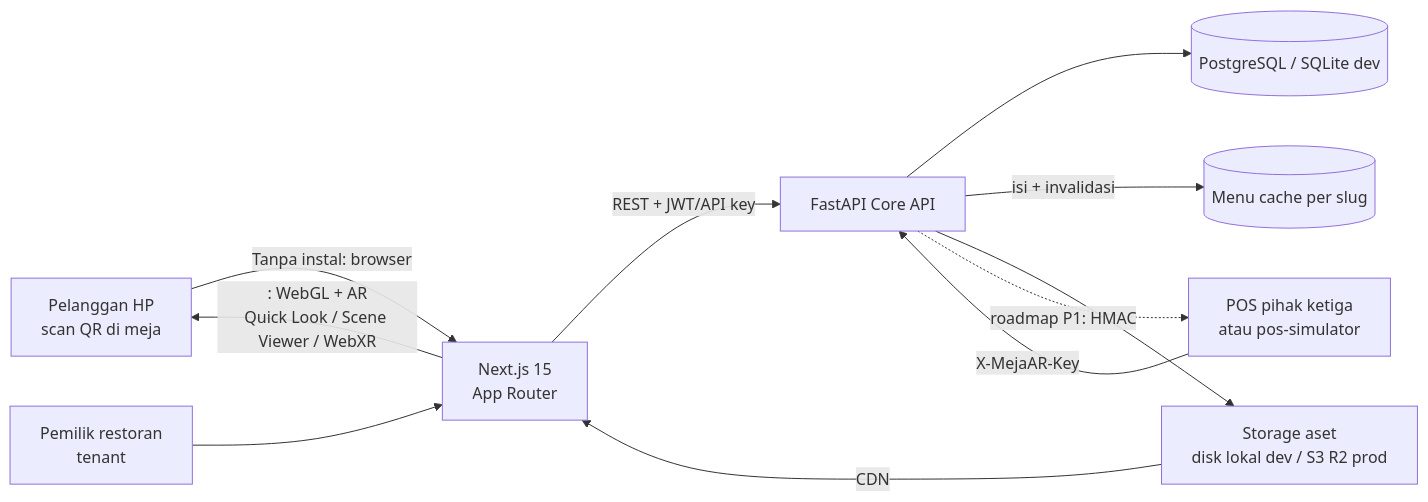
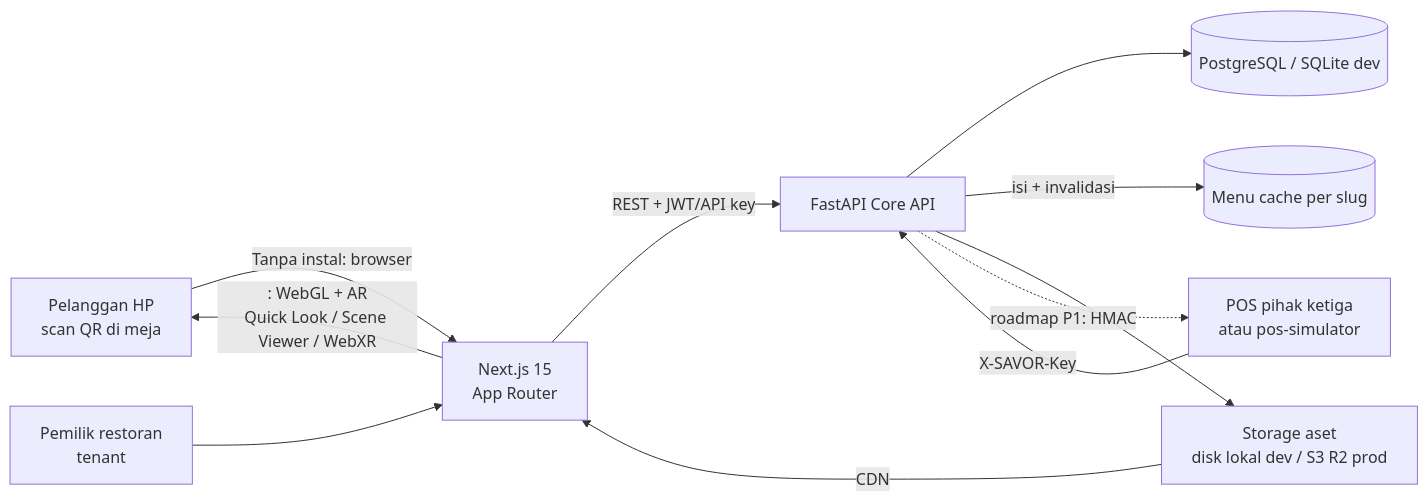
One commit to MrEuwn/savor changed the diagram in docs/ARCHITECTURE.md. Above: the diagram before and after it, drawn with Mermaid. The commit also changed other lines of this file and 32 other files, not shown here.

First line of the commit message:
rebrand: MejaAR -> SAVOR (Smart AR Visualization for Optimized Restaurant ordering)

````diff
--- a/docs/ARCHITECTURE.md
+++ b/docs/ARCHITECTURE.md
@@ -5,13 +5,13 @@
 ```mermaid
 flowchart LR
   C[Pelanggan HP<br/>scan QR di meja] -->|Tanpa instal: browser| FE[Next.js 15<br/>App Router]
   O[Pemilik restoran<br/>tenant] --> FE
   FE -->|<model-viewer>: WebGL + AR<br/>Quick Look / Scene Viewer / WebXR| C
   FE -->|REST + JWT/API key| API[FastAPI Core API]
-  POS[POS pihak ketiga<br/>atau pos-simulator] -->|X-MejaAR-Key| API
+  POS[POS pihak ketiga<br/>atau pos-simulator] -->|X-SAVOR-Key| API
   API --> DB[(PostgreSQL / SQLite dev)]
   API -->|isi + invalidasi| CACH[(Menu cache per slug)]
   API --> AS[Storage aset<br/>disk lokal dev / S3 R2 prod]
   AS -->|CDN| FE
   API -.->|roadmap P1: HMAC| POS
 ```
````
